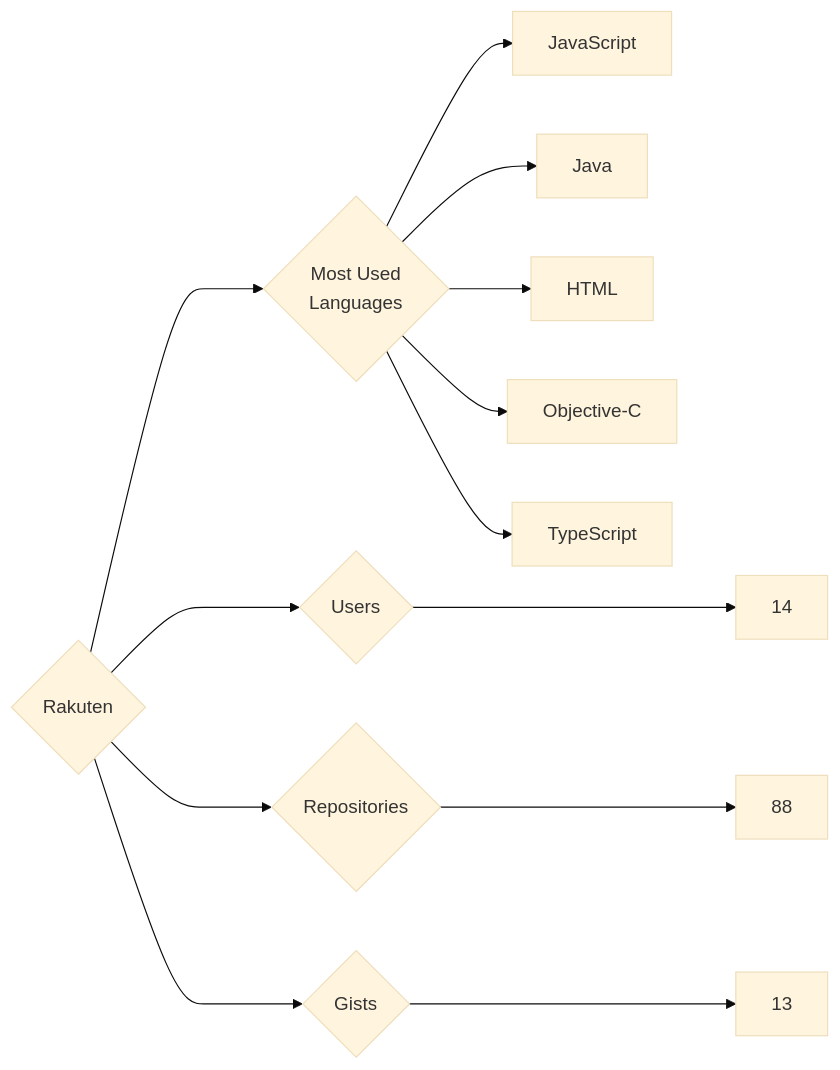
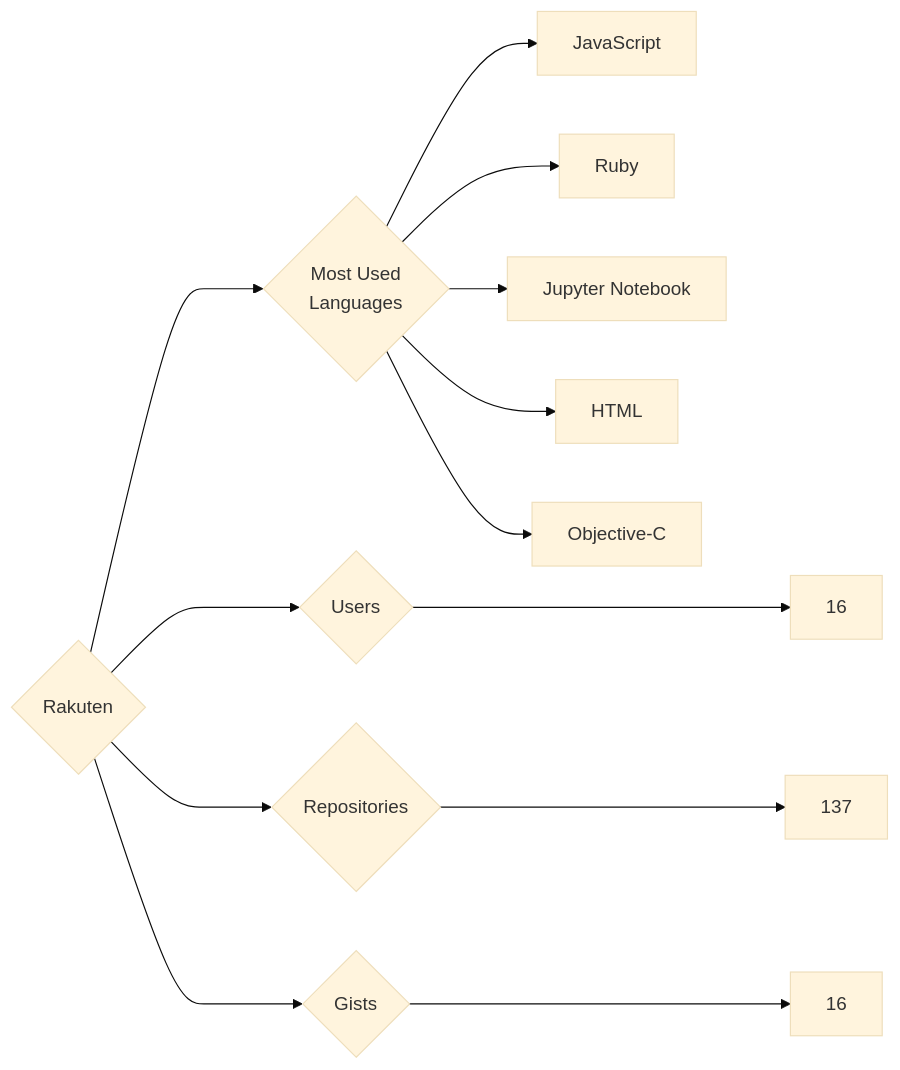
The diagram in targets/Rakuten/README.md (trickest/insiders), drawn with Mermaid (base theme) before and after one commit. The commit also changed 1011 other files, not shown here.

````diff
--- a/targets/Rakuten/README.md
+++ b/targets/Rakuten/README.md
@@ -3,13 +3,13 @@
 ```mermaid
 graph LR
 COMPANY_NAME{Rakuten}
-COMPANY_NAME ---> U{Users} ---> UN[14]
-COMPANY_NAME ---> R{Repositories} ---> RN[88]
-COMPANY_NAME ---> G{Gists} ---> GN[13]
+COMPANY_NAME ---> U{Users} ---> UN[16]
+COMPANY_NAME ---> R{Repositories} ---> RN[137]
+COMPANY_NAME ---> G{Gists} ---> GN[16]
 COMPANY_NAME ---> ML{Most Used<br>Languages}
 ML --> JavaScript[JavaScript]
-ML --> Java[Java]
+ML --> Ruby[Ruby]
+ML --> Jupyter_Notebook[Jupyter Notebook]
 ML --> HTML[HTML]
 ML --> Objective-C[Objective-C]
-ML --> TypeScript[TypeScript]
 ```
````
